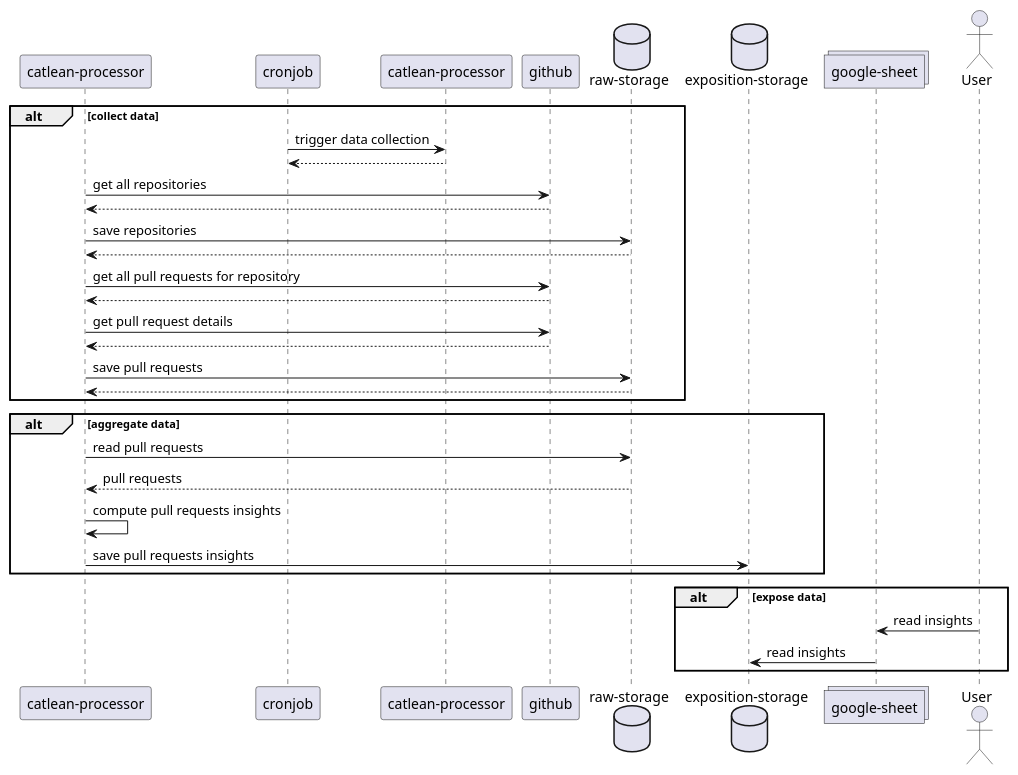
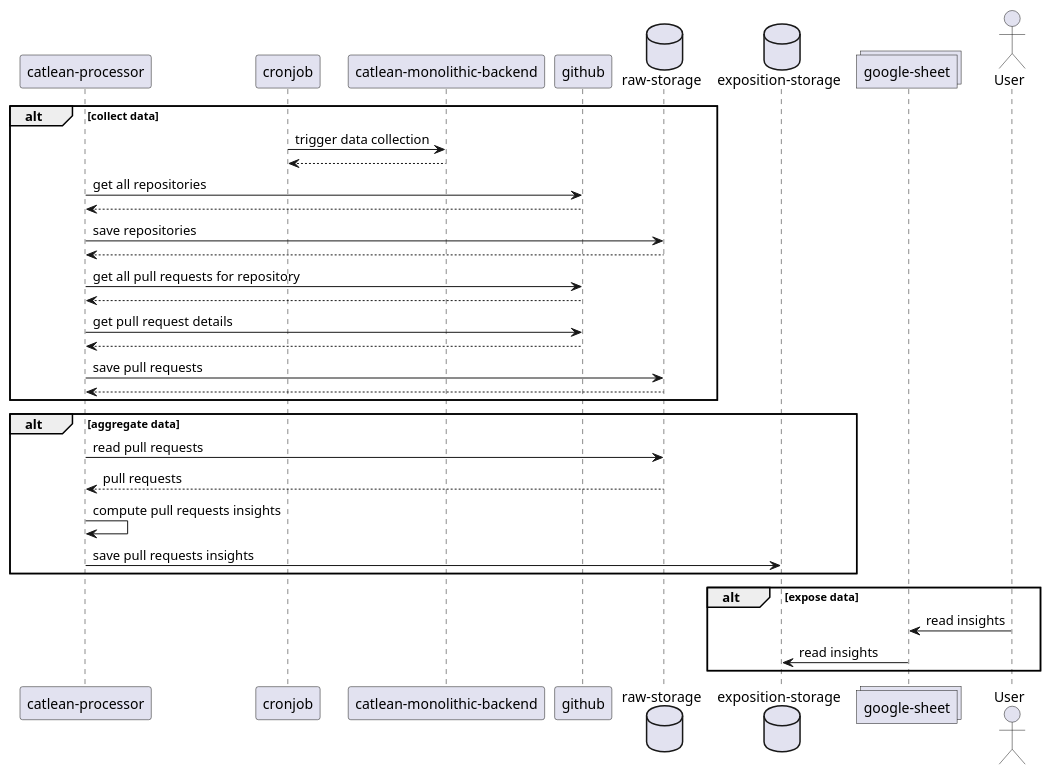
One commit to symeo-io/symeo-monolithic-backend changed the diagram in documentation/sequence-diagram/collect_and_expose_pr_size.puml. Above: the diagram before and after it, drawn with PlantUML. The commit also changed 2 other files, not shown here.

```diff
--- a/documentation/sequence-diagram/collect_and_expose_pr_size.puml
+++ b/documentation/sequence-diagram/collect_and_expose_pr_size.puml
@@ -1,40 +1,40 @@
 @startuml
 'https://plantuml.com/sequence-diagram
 participant cronjob order 10
-participant "catlean-processor" as cp order 20
+participant "catlean-monolithic-backend" as backend order 20
 participant github order 30
 database "raw-storage" order 40
 database "exposition-storage" order 50
 collections "google-sheet" order 60
 actor User order 70
 
 
 
 alt collect data
-cronjob -> cp : trigger data collection
-cronjob <-- cp
+cronjob -> backend : trigger data collection
+cronjob <-- backend
 "catlean-processor" -> github: get all repositories
 "catlean-processor" <-- github
 "catlean-processor" -> "raw-storage": save repositories
 "catlean-processor" <-- "raw-storage"
 "catlean-processor" -> github: get all pull requests for repository
 "catlean-processor" <-- github
 "catlean-processor" -> github: get pull request details
 "catlean-processor" <-- github
 "catlean-processor" -> "raw-storage": save pull requests
 "catlean-processor" <-- "raw-storage"
 end
 
 alt aggregate data
 "catlean-processor" -> "raw-storage": read pull requests
 "catlean-processor" <-- "raw-storage": pull requests
 "catlean-processor" -> "catlean-processor": compute pull requests insights
 "catlean-processor" -> "exposition-storage": save pull requests insights
 end
 
 alt expose data
 User -> "google-sheet": read insights
 "google-sheet" -> "exposition-storage": read insights
 end
 
 @enduml
```
